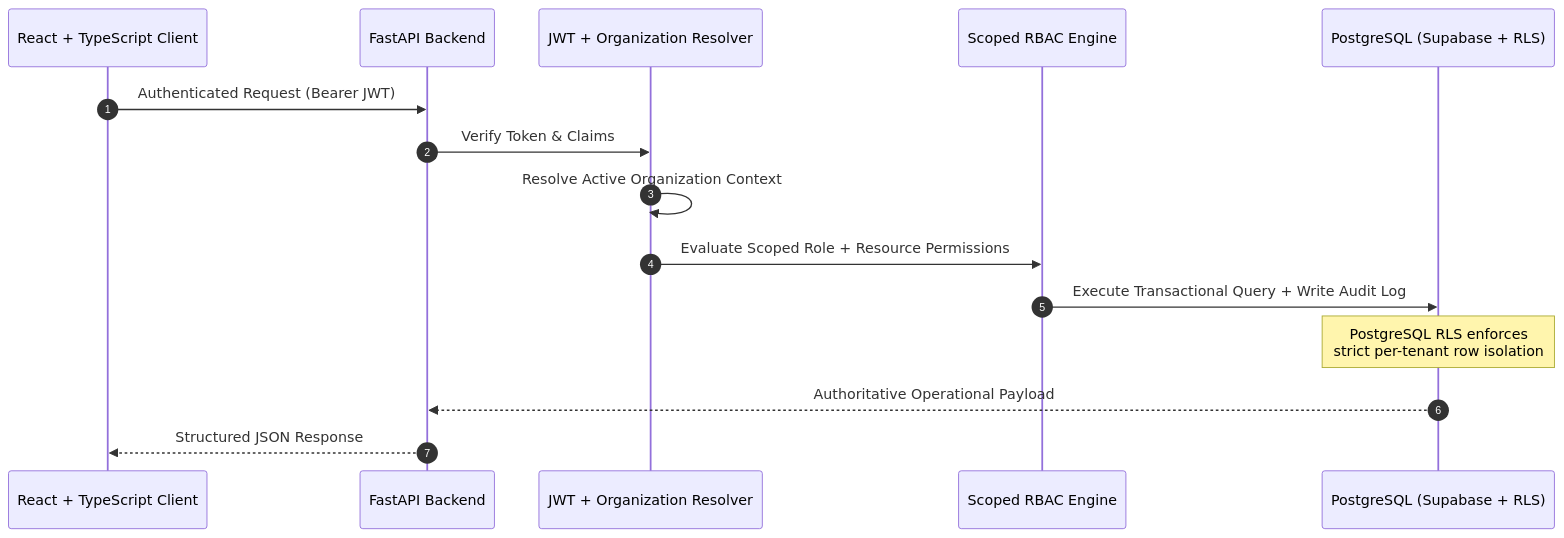
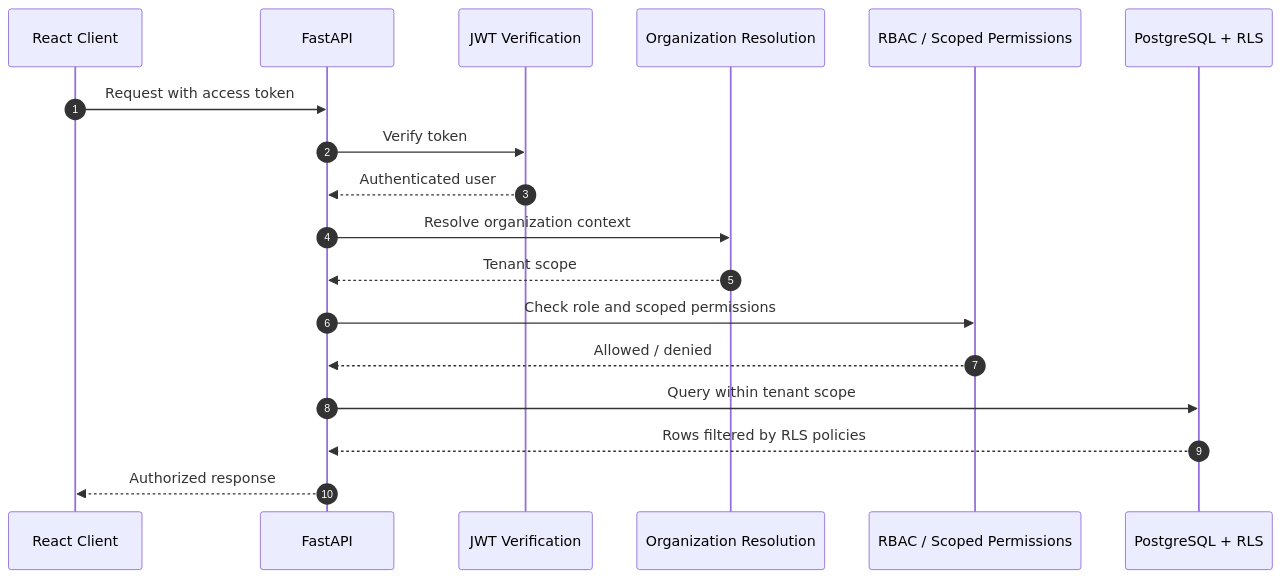
Before and after one commit to kunalchwdry/kunalchwdry: the third of 11 diagrams in README.md, drawn with Mermaid. The commit also changed other lines of this file, not shown here.

````diff
--- a/README.md
+++ b/README.md
@@ -225,18 +153,21 @@
 ```mermaid
 sequenceDiagram
     autonumber
-    participant C as React + TypeScript Client
-    participant A as FastAPI Backend
-    participant Auth as JWT + Organization Resolver
-    participant R as Scoped RBAC Engine
-    participant D as PostgreSQL (Supabase + RLS)
+    participant C as React Client
+    participant API as FastAPI
+    participant J as JWT Verification
+    participant O as Organization Resolution
+    participant R as RBAC / Scoped Permissions
+    participant DB as PostgreSQL + RLS
 
-    C->>A: Authenticated Request (Bearer JWT)
-    A->>Auth: Verify Token & Claims
-    Auth->>Auth: Resolve Active Organization Context
-    Auth->>R: Evaluate Scoped Role + Resource Permissions
-    R->>D: Execute Transactional Query + Write Audit Log
-    Note over D: PostgreSQL RLS enforces<br/>strict per-tenant row isolation
-    D-->>A: Authoritative Operational Payload
-    A-->>C: Structured JSON Response
+    C->>API: Request with access token
+    API->>J: Verify token
+    J-->>API: Authenticated user
+    API->>O: Resolve organization context
+    O-->>API: Tenant scope
+    API->>R: Check role and scoped permissions
+    R-->>API: Allowed / denied
+    API->>DB: Query within tenant scope
+    DB-->>API: Rows filtered by RLS policies
+    API-->>C: Authorized response
 ```
````
